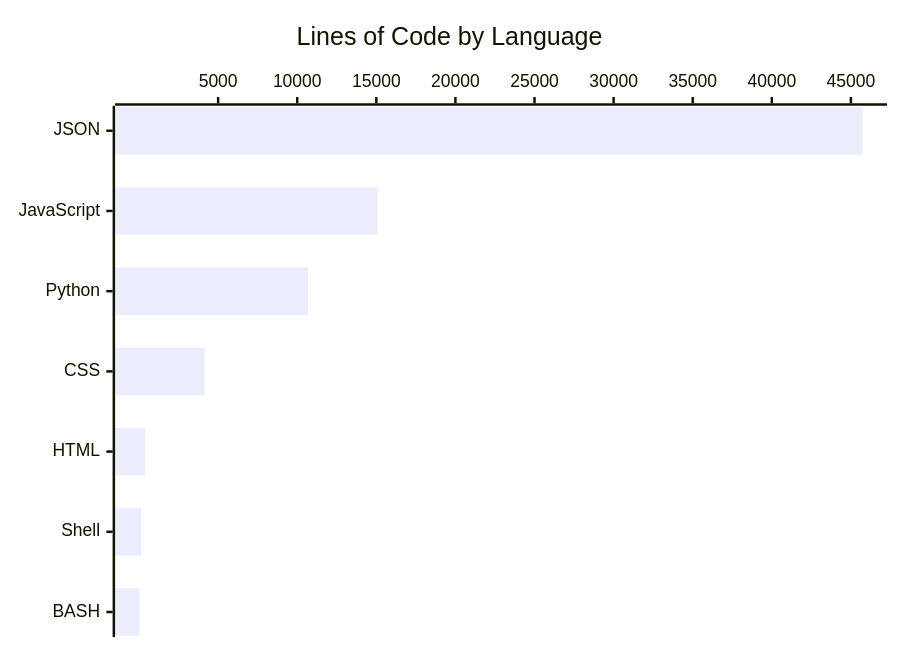
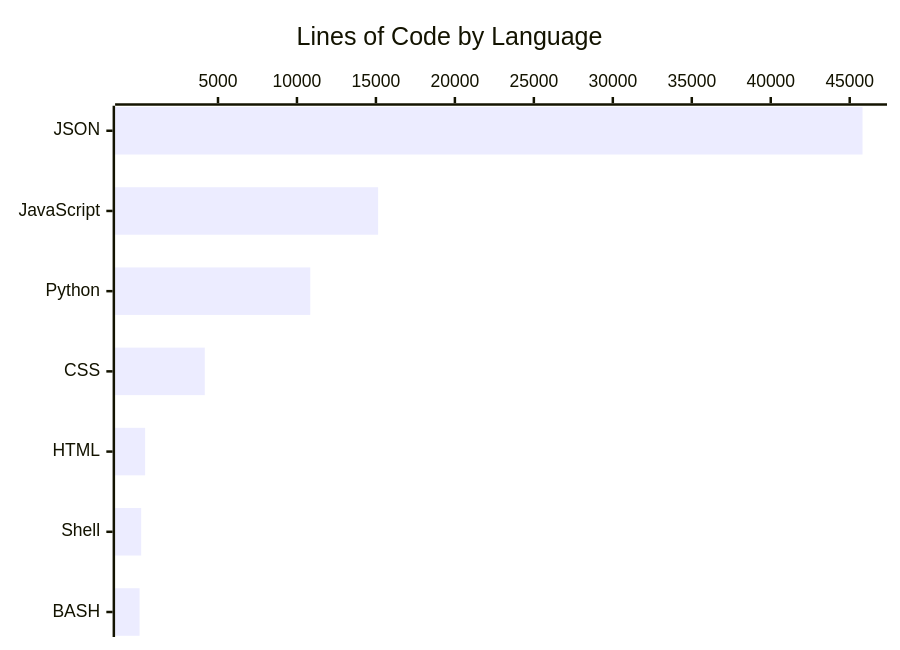
One commit to ibenian/algebench changed the diagram in LOC-REPORT.md. Above: the diagram before and after it, drawn with Mermaid. The commit also changed other lines of this file and 10 other files, not shown here.

First line of the commit message:
feat(graph): asymmetric comparison operators with lhs/rhs arrows (#242) (#255)

````diff
--- a/LOC-REPORT.md
+++ b/LOC-REPORT.md
@@ -16,6 +16,6 @@
 ```mermaid
 xychart-beta horizontal
   title "Lines of Code by Language"
   x-axis ["JSON", "JavaScript", "Python", "CSS", "HTML", "Shell", "BASH"]
-  bar [45735, 15079, 10689, 4150, 386, 137, 33]
+  bar [45812, 15139, 10842, 4164, 386, 137, 33]
 ```
````
